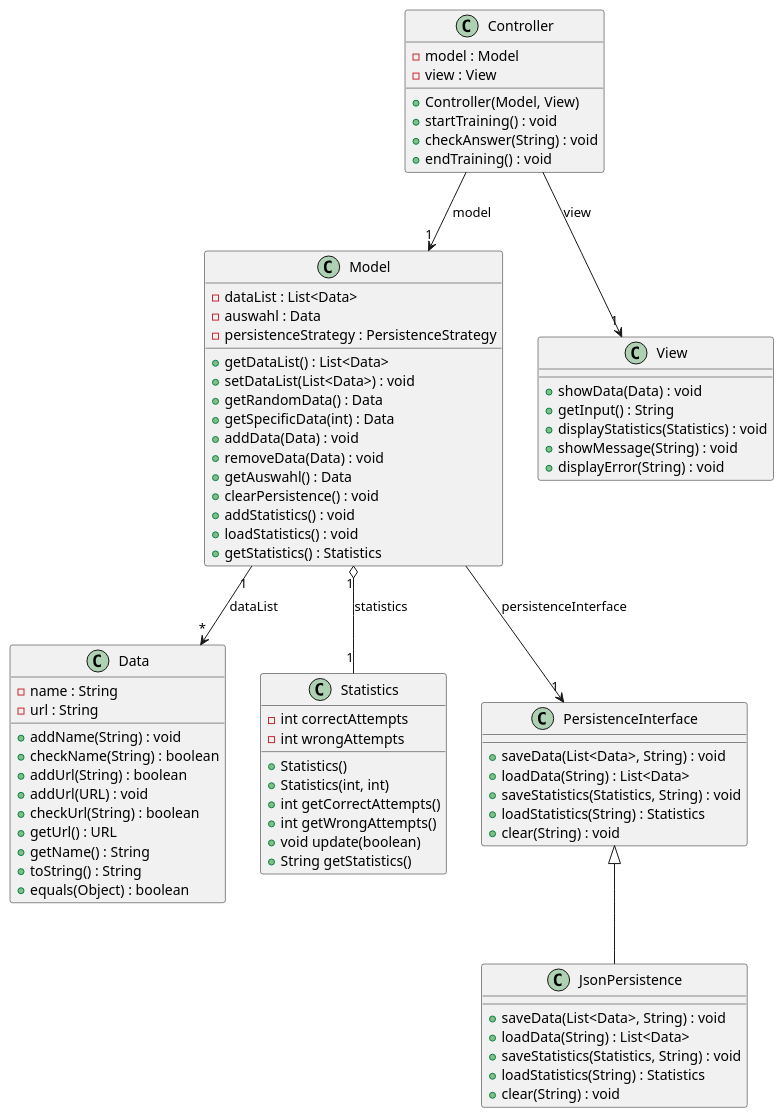
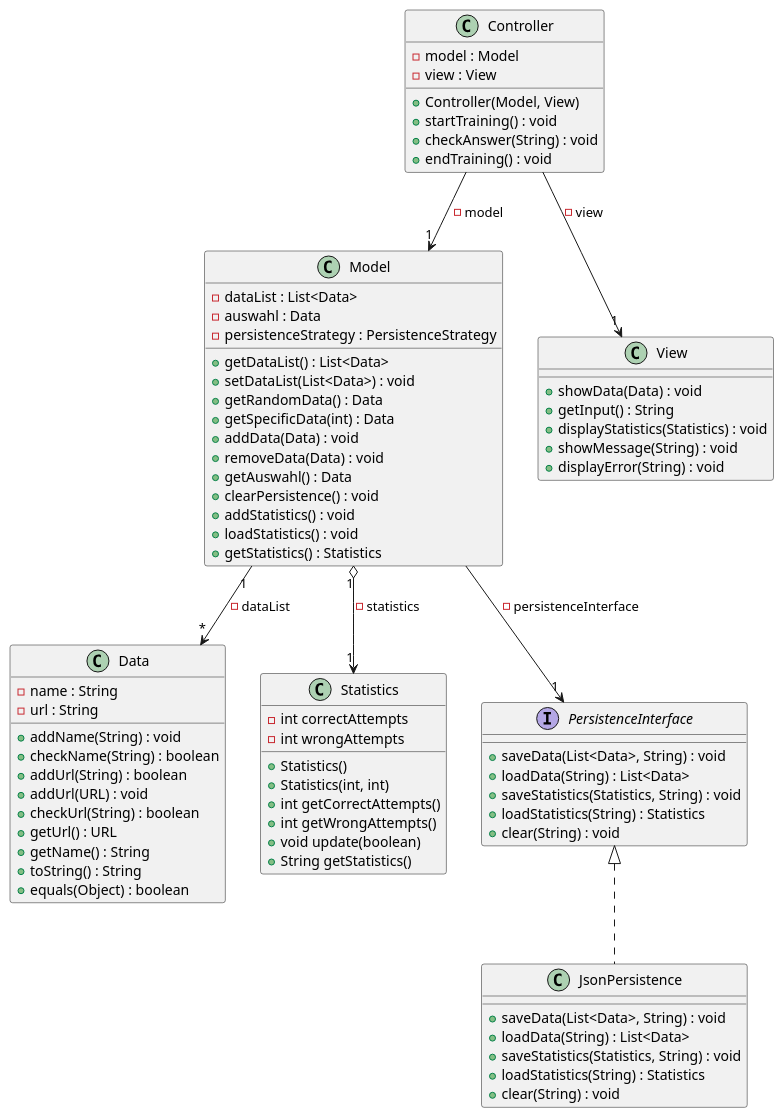
One commit to TGM-HIT/sew9-2425-worttrainer-kbau3r changed the diagram in worttrainer-reloaded.puml. Above: the diagram before and after it, drawn with PlantUML. The commit also changed 25 other files, not shown here.

```diff
--- a/worttrainer-reloaded.puml
+++ b/worttrainer-reloaded.puml
@@ -1,86 +1,86 @@
 @startuml
 'title: Worttrainer Reloaded - kbauer'
 
 class Model {
   -dataList : List<Data>
   -auswahl : Data
   -persistenceStrategy : PersistenceStrategy
   +getDataList() : List<Data>
   +setDataList(List<Data>) : void
   +getRandomData() : Data
   +getSpecificData(int) : Data
   +addData(Data) : void
   +removeData(Data) : void
   +getAuswahl() : Data
   +clearPersistence() : void
   +addStatistics() : void
   +loadStatistics() : void
   +getStatistics() : Statistics
 }
 
 class Data {
   -name : String
   -url : String
   +addName(String) : void
   +checkName(String) : boolean
   +addUrl(String) : boolean
   +addUrl(URL) : void
   +checkUrl(String) : boolean
   +getUrl() : URL
   +getName() : String
   +toString() : String
   +equals(Object) : boolean
 }
 
 class Statistics {
   - int correctAttempts
   - int wrongAttempts
   + Statistics()
   + Statistics(int, int)
   + int getCorrectAttempts()
   + int getWrongAttempts()
   + void update(boolean)
   + String getStatistics()
 }
 
 class View {
   + showData(Data) : void
   + getInput() : String
   + displayStatistics(Statistics) : void
   + showMessage(String) : void
   + displayError(String) : void
 }
 
 class Controller {
   -model : Model
   -view : View
   +Controller(Model, View)
   +startTraining() : void
   +checkAnswer(String) : void
   +endTraining() : void
 }
 
-class PersistenceInterface {
+interface PersistenceInterface {
   + saveData(List<Data>, String) : void
   + loadData(String) : List<Data>
   + saveStatistics(Statistics, String) : void
   + loadStatistics(String) : Statistics
   + clear(String) : void
 }
 
 class JsonPersistence {
   + saveData(List<Data>, String) : void
   + loadData(String) : List<Data>
   + saveStatistics(Statistics, String) : void
   + loadStatistics(String) : Statistics
   + clear(String) : void
 }
 
-Controller --> "1" Model : model
-Controller --> "1" View : view
-Model "1" --> "*" Data : dataList
-Model "1" o-- "1" Statistics : statistics
-Model --> "1" PersistenceInterface : persistenceInterface
-PersistenceInterface <|-- JsonPersistence
+Controller --> "1" Model : - model
+Controller --> "1" View : - view
+Model "1" --> "*" Data : - dataList
+Model "1" o--> "1" Statistics : - statistics
+Model --> "1" PersistenceInterface : - persistenceInterface
+PersistenceInterface <|.. JsonPersistence
 
 @enduml
```
